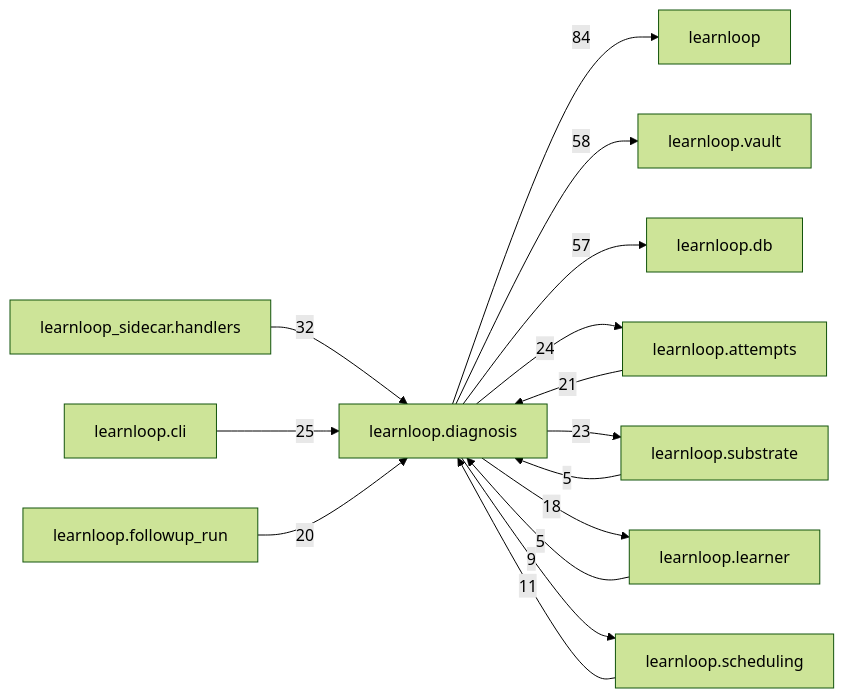
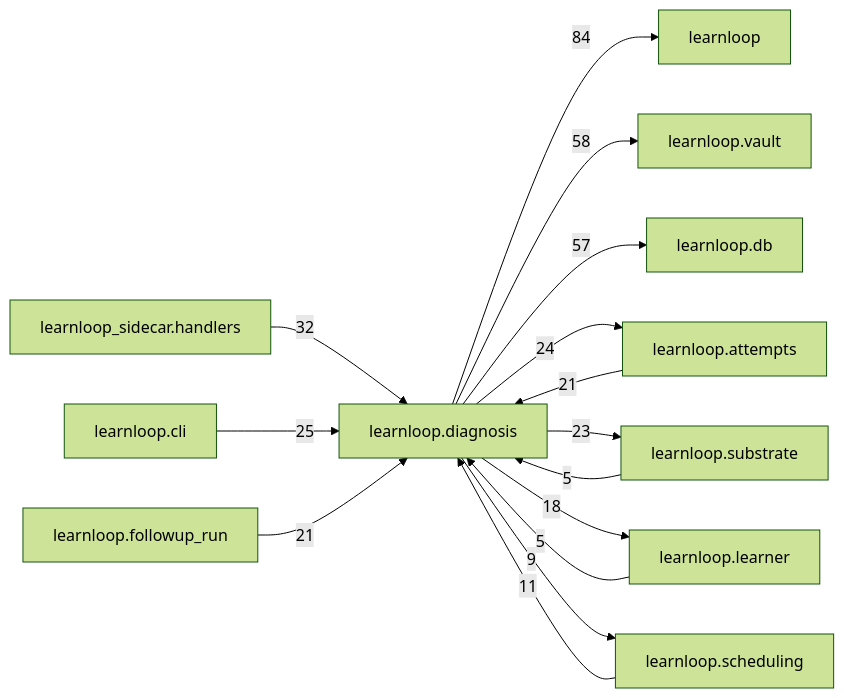
The diagram in docs/learnloop-architecture-vault/Reference/Modules/learnloop/diagnosis/_package.md (6up-b/learnanything), drawn with Mermaid (forest theme) before and after one commit. The commit also changed other lines of this file and 12 other files, not shown here.

````diff
--- a/docs/learnloop-architecture-vault/Reference/Modules/learnloop/diagnosis/_package.md
+++ b/docs/learnloop-architecture-vault/Reference/Modules/learnloop/diagnosis/_package.md
@@ -254,28 +256,28 @@
 ```mermaid
 flowchart LR
     center["learnloop.diagnosis"]
     n_learnloop["learnloop"]
     n_learnloop_vault["learnloop.vault"]
     n_learnloop_db["learnloop.db"]
     n_learnloop_attempts["learnloop.attempts"]
     n_learnloop_sidecar_handlers["learnloop_sidecar.handlers"]
     n_learnloop_substrate["learnloop.substrate"]
     n_learnloop_cli["learnloop.cli"]
     n_learnloop_learner["learnloop.learner"]
     n_learnloop_followup_run["learnloop.followup_run"]
     n_learnloop_scheduling["learnloop.scheduling"]
     center -->|84| n_learnloop
     center -->|58| n_learnloop_vault
     center -->|57| n_learnloop_db
     n_learnloop_attempts -->|21| center
     center -->|24| n_learnloop_attempts
     n_learnloop_sidecar_handlers -->|32| center
     n_learnloop_substrate -->|5| center
     center -->|23| n_learnloop_substrate
     n_learnloop_cli -->|25| center
     n_learnloop_learner -->|5| center
     center -->|18| n_learnloop_learner
-    n_learnloop_followup_run -->|20| center
+    n_learnloop_followup_run -->|21| center
     n_learnloop_scheduling -->|11| center
     center -->|9| n_learnloop_scheduling
 ```
````
